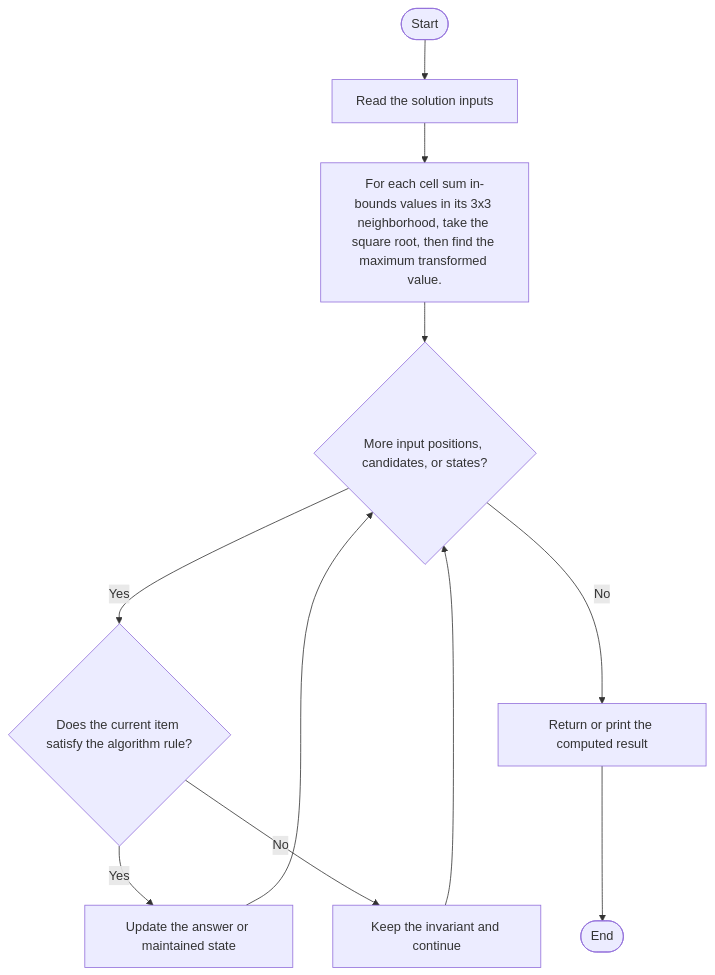
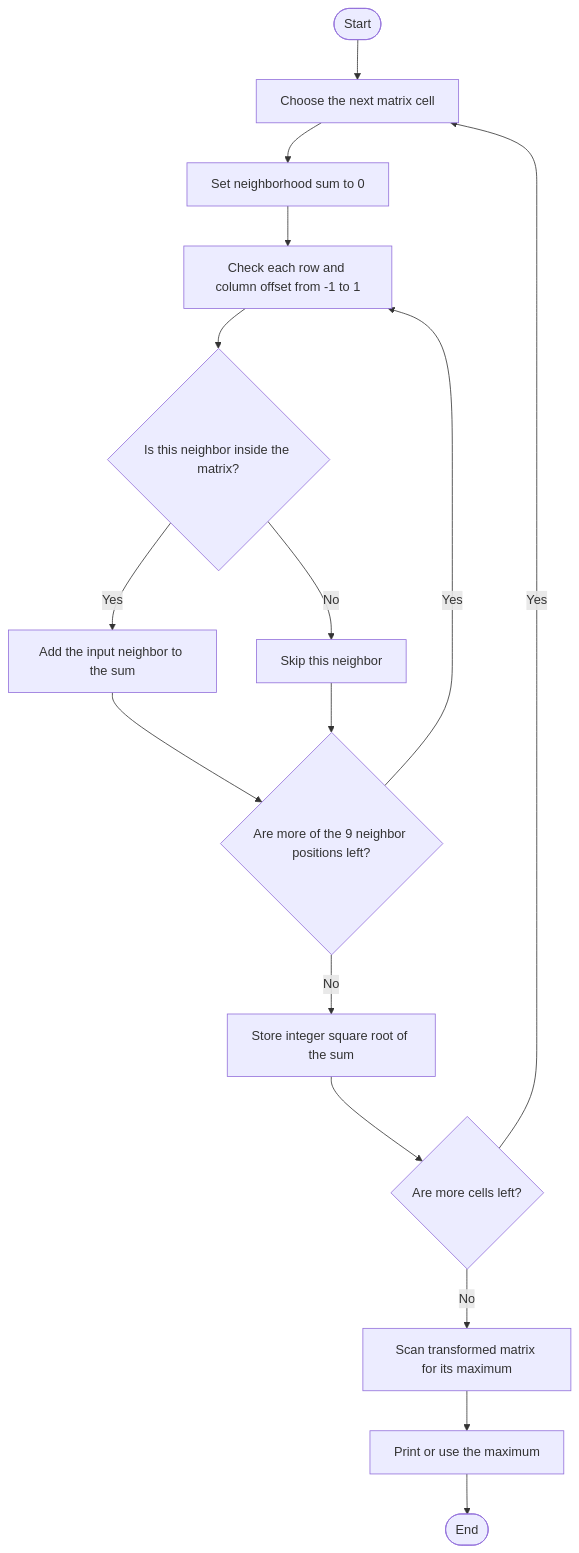
One commit to SAIDEEPBHANGE/C-CPP-Codes changed the diagram in LeetCode/Unidentified/max-farm-land-neighborhood-transform/README.md. Above: the diagram before and after it, drawn with Mermaid. The commit also changed other lines of this file and 196 other files, not shown here.

````diff
--- a/LeetCode/Unidentified/max-farm-land-neighborhood-transform/README.md
+++ b/LeetCode/Unidentified/max-farm-land-neighborhood-transform/README.md
@@ -26,13 +59,18 @@
 ```mermaid
 flowchart TD
-    S([Start]) --> I[Read the solution inputs]
-    I --> P["For each cell sum in-bounds values in its 3x3 neighborhood, take the square root, then find the maximum transformed value."]
-    P --> L{More input positions, candidates, or states?}
-    L -- Yes --> T{Does the current item satisfy the algorithm rule?}
-    T -- Yes --> U[Update the answer or maintained state]
-    T -- No --> N[Keep the invariant and continue]
-    U --> L
-    N --> L
-    L -- No --> R[Return or print the computed result]
-    R --> E([End])
+    A([Start]) --> B[Choose the next matrix cell]
+    B --> C[Set neighborhood sum to 0]
+    C --> D[Check each row and column offset from -1 to 1]
+    D --> E{Is this neighbor inside the matrix?}
+    E -- Yes --> F[Add the input neighbor to the sum]
+    E -- No --> G[Skip this neighbor]
+    F --> H{Are more of the 9 neighbor positions left?}
+    G --> H
+    H -- Yes --> D
+    H -- No --> I[Store integer square root of the sum]
+    I --> J{Are more cells left?}
+    J -- Yes --> B
+    J -- No --> K[Scan transformed matrix for its maximum]
+    K --> L[Print or use the maximum]
+    L --> M([End])
 ```
````
